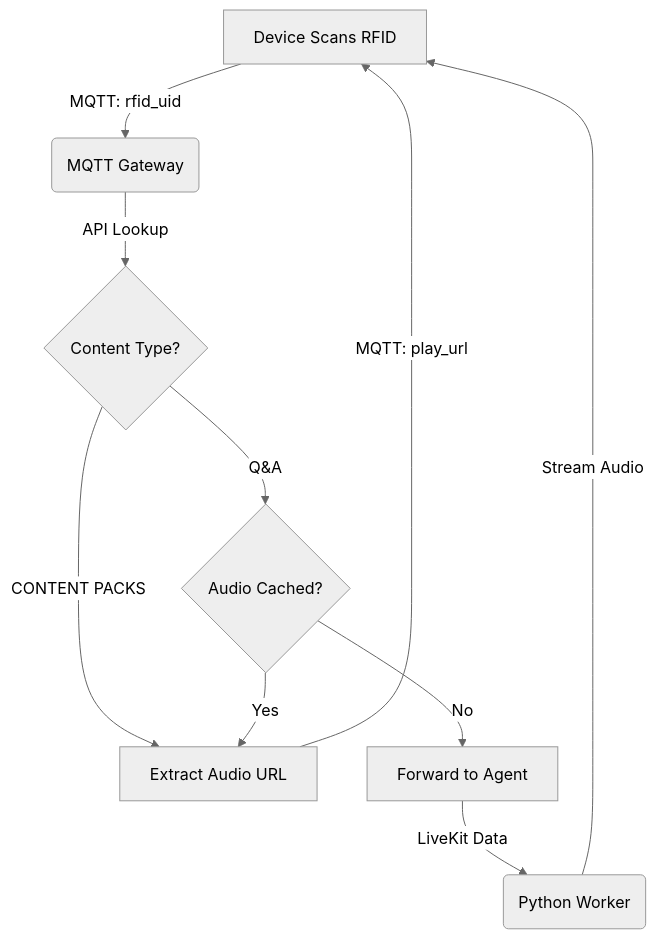
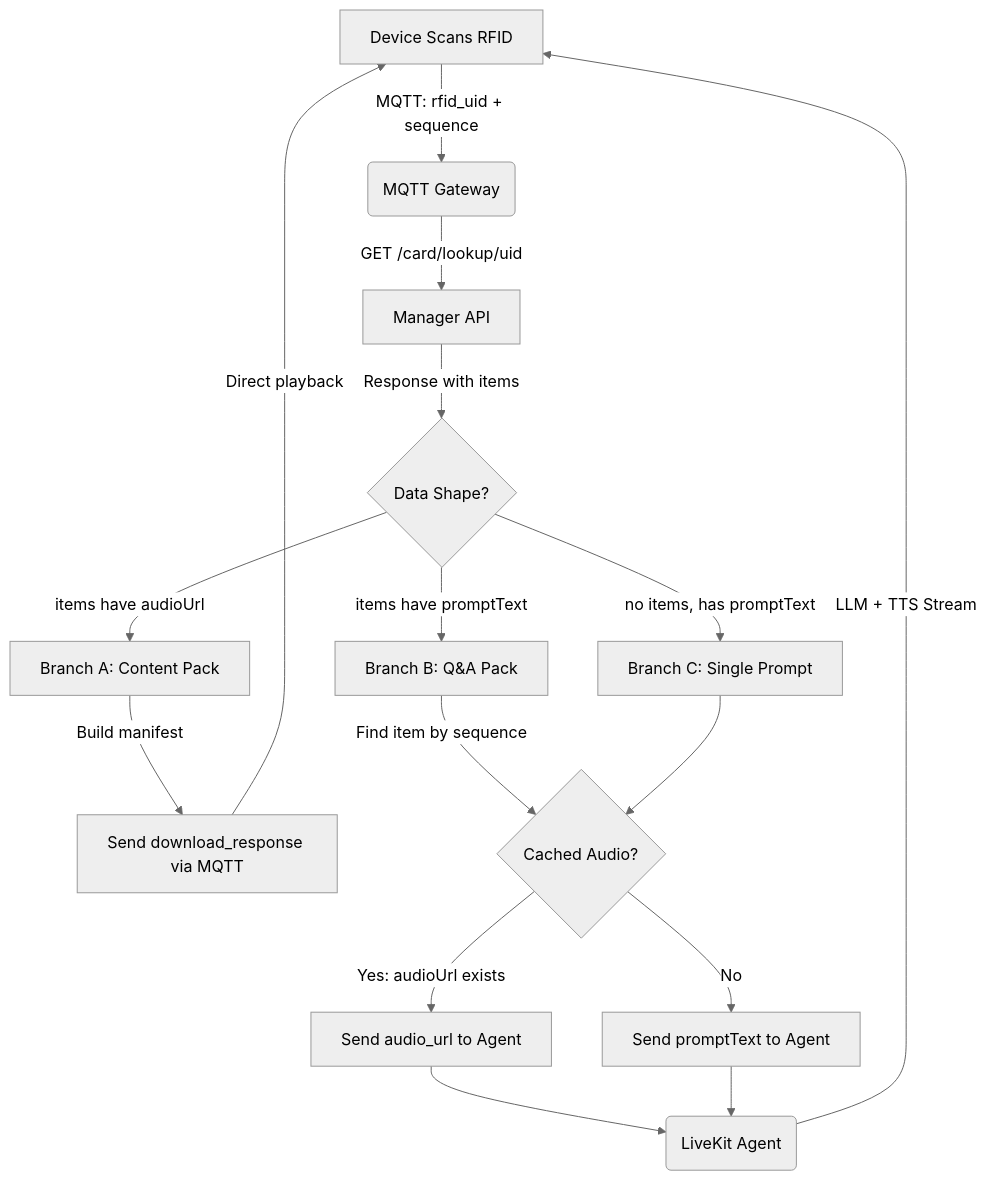
The diagram in docs/rfid_smart_routing_prd.md (Craftech360-projects/cheeko-backend), drawn with Mermaid (neutral theme) before and after one commit. The commit also changed other lines of this file and 1 other file, not shown here.

````diff
--- a/docs/rfid_smart_routing_prd.md
+++ b/docs/rfid_smart_routing_prd.md
@@ -47,16 +69,23 @@
 ```mermaid
 graph TD
-    A[Device Scans RFID] -->|MQTT: rfid_uid| B(MQTT Gateway)
-    B -->|API Lookup| C{Content Type?}
-    
-    C -->|CONTENT PACKS| D[Extract Audio URL]
-    C -->|Q&A| E{Audio Cached?}
-    
-    D -->|MQTT: play_url| A
-    
-    E -->|Yes| D
-    E -->|No| F[Forward to Agent]
-    
-    F -->|LiveKit Data| G(Python Worker)
-    G -->|Stream Audio| A
+    A[Device Scans RFID] -->|MQTT: rfid_uid + sequence| B(MQTT Gateway)
+    B -->|GET /card/lookup/uid| C[Manager API]
+    C -->|Response with items| D{Data Shape?}
+
+    D -->|items have audioUrl| E[Branch A: Content Pack]
+    D -->|items have promptText| F[Branch B: Q&A Pack]
+    D -->|no items, has promptText| G[Branch C: Single Prompt]
+
+    E -->|Build manifest| H[Send download_response via MQTT]
+    H -->|Direct playback| A
+
+    F -->|Find item by sequence| I{Cached Audio?}
+    G --> I
+
+    I -->|Yes: audioUrl exists| J[Send audio_url to Agent]
+    I -->|No| K[Send promptText to Agent]
+
+    J --> L(LiveKit Agent)
+    K --> L
+    L -->|LLM + TTS Stream| A
 ```
````
